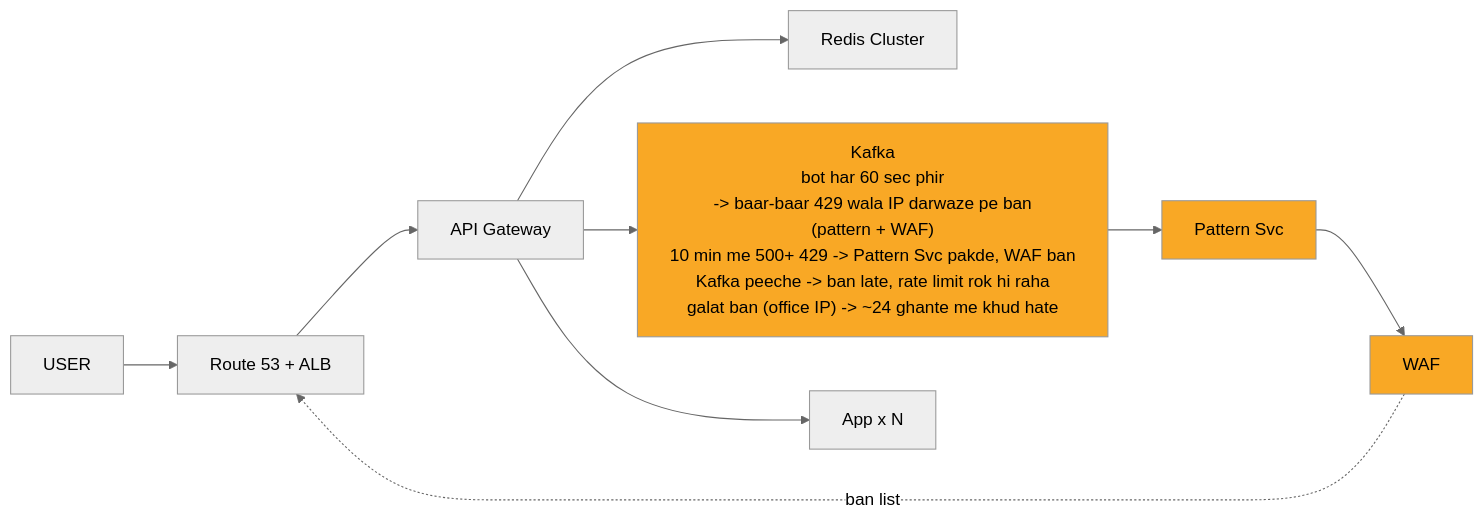
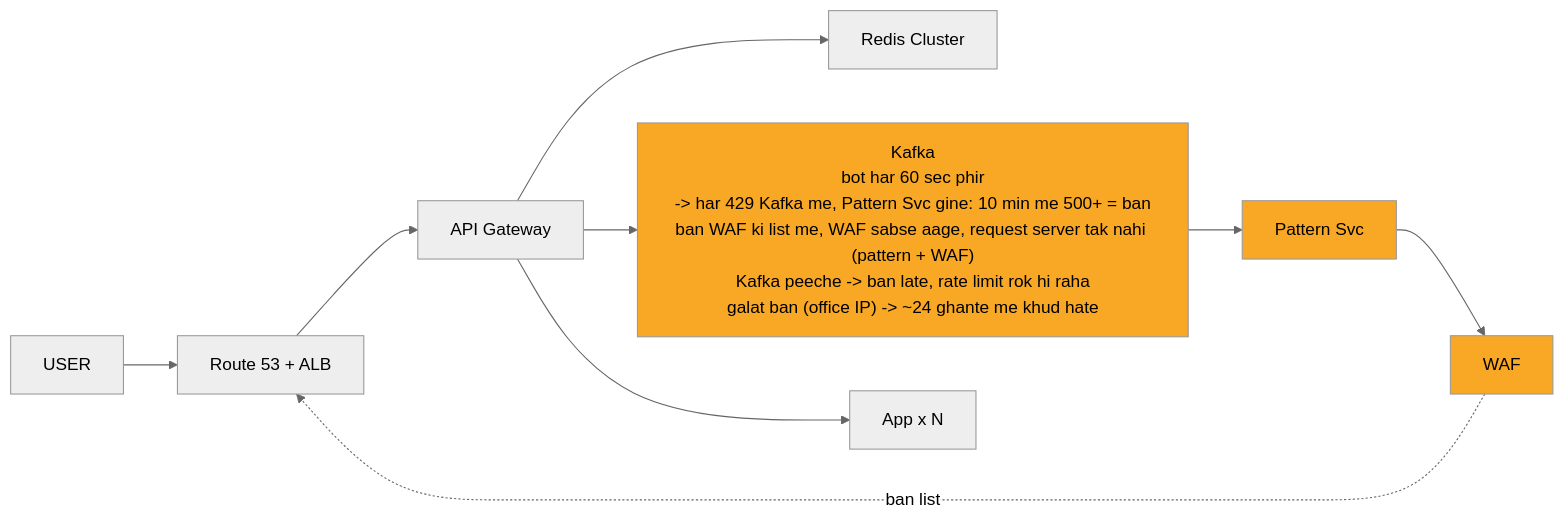
Before and after one commit to ArpanMaheshwari144/Prep: the seventh of 11 diagrams in 04_HLD/SYSTEM_DESIGNS/02_rate_limiter/02_rate_limiter.md, drawn with Mermaid (neutral theme). The commit also changed other lines of this file and 13 other files, not shown here.

````diff
--- a/04_HLD/SYSTEM_DESIGNS/02_rate_limiter/02_rate_limiter.md
+++ b/04_HLD/SYSTEM_DESIGNS/02_rate_limiter/02_rate_limiter.md
@@ -294,23 +297,23 @@
 ```mermaid
 %%{init: {"flowchart": {"wrappingWidth": 450}}}%%
 flowchart LR
     n_USER["USER"]
     n_EDGE["Route 53 + ALB"]
     n_API_Gateway["API Gateway"]
     n_Redis_Cluster["Redis Cluster"]
-    n_Kafka["Kafka<br/>bot har 60 sec phir<br/>-> baar-baar 429 wala IP darwaze pe ban<br/>(pattern + WAF)<br/>10 min me 500+ 429 -> Pattern Svc pakde, WAF ban<br/>Kafka peeche -> ban late, rate limit rok hi raha<br/>galat ban (office IP) -> ~24 ghante me khud hate"]
+    n_Kafka["Kafka<br/>bot har 60 sec phir<br/>-> har 429 Kafka me, Pattern Svc gine: 10 min me 500+ = ban<br/>ban WAF ki list me, WAF sabse aage, request server tak nahi (pattern + WAF)<br/>Kafka peeche -> ban late, rate limit rok hi raha<br/>galat ban (office IP) -> ~24 ghante me khud hate"]
     n_Pattern_Svc["Pattern Svc"]
     n_WAF["WAF"]
     n_App_xN["App x N"]
     n_EDGE --> n_API_Gateway
     n_API_Gateway --> n_Redis_Cluster
     n_API_Gateway --> n_App_xN
     n_Kafka --> n_Pattern_Svc
     n_Pattern_Svc --> n_WAF
     n_API_Gateway --> n_Kafka
     n_USER --> n_EDGE
     n_WAF -.->|ban list| n_EDGE
     style n_Kafka fill:#f9a825,color:#000
     style n_Pattern_Svc fill:#f9a825,color:#000
     style n_WAF fill:#f9a825,color:#000
 ```
````
